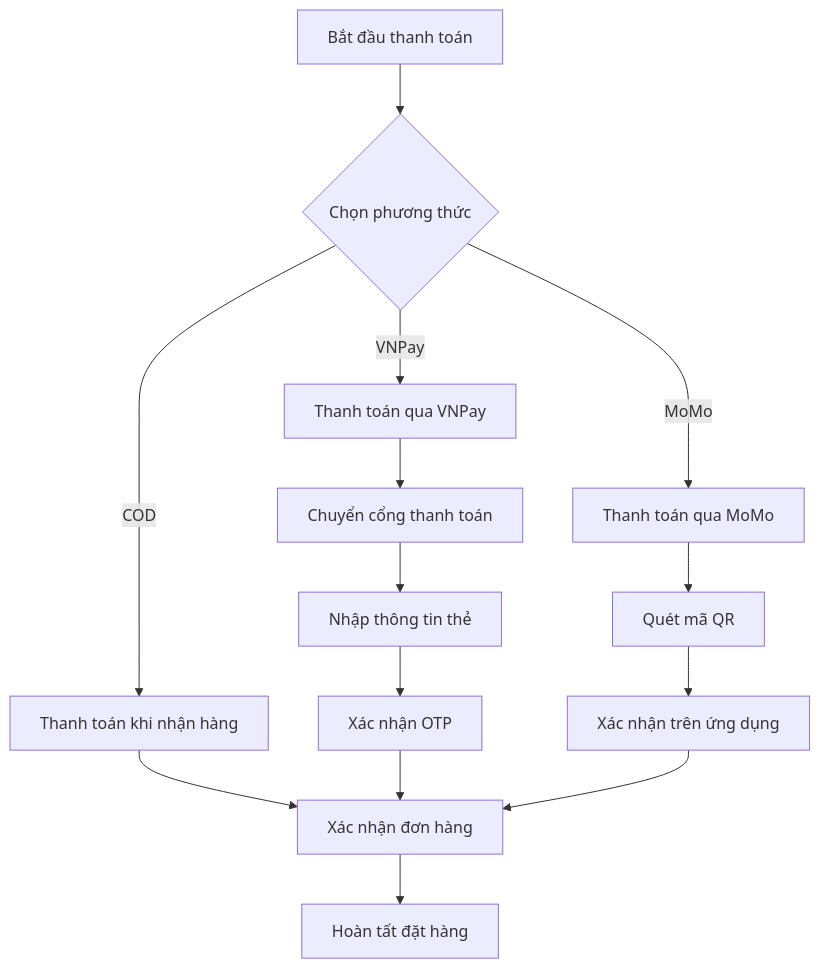
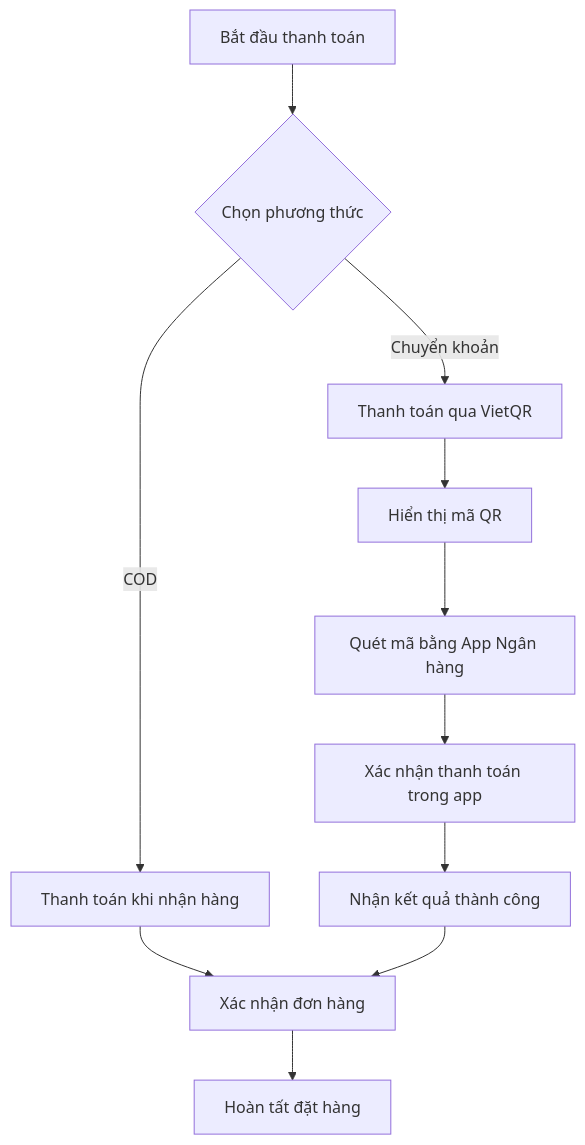
One commit to ngocthien19/DA_WEB_CK1_25_26 changed the third of 31 diagrams in README.md. Above: the diagram before and after it, drawn with Mermaid. The commit also changed other lines of this file, not shown here.

````diff
--- a/README.md
+++ b/README.md
@@ -142,16 +143,16 @@
 ```mermaid
 graph TD
     A[Bắt đầu thanh toán] --> B{Chọn phương thức}
     B -->|COD| C[Thanh toán khi nhận hàng]
-    B -->|VNPay| D[Thanh toán qua VNPay]
-    B -->|MoMo| E[Thanh toán qua MoMo]
-    C --> F[Xác nhận đơn hàng]
-    D --> G[Chuyển cổng thanh toán]
-    G --> H[Nhập thông tin thẻ]
-    H --> I[Xác nhận OTP]
-    E --> J[Quét mã QR]
-    J --> K[Xác nhận trên ứng dụng]
-    I --> F
-    K --> F
-    F --> L[Hoàn tất đặt hàng]
+    B -->|Chuyển khoản| D[Thanh toán qua VietQR]
+    
+    C --> E[Xác nhận đơn hàng]
+    
+    D --> F[Hiển thị mã QR]
+    F --> G[Quét mã bằng App Ngân hàng]
+    G --> H[Xác nhận thanh toán trong app]
+    H --> I[Nhận kết quả thành công]
+    
+    I --> E
+    E --> J[Hoàn tất đặt hàng]
 ```
````
